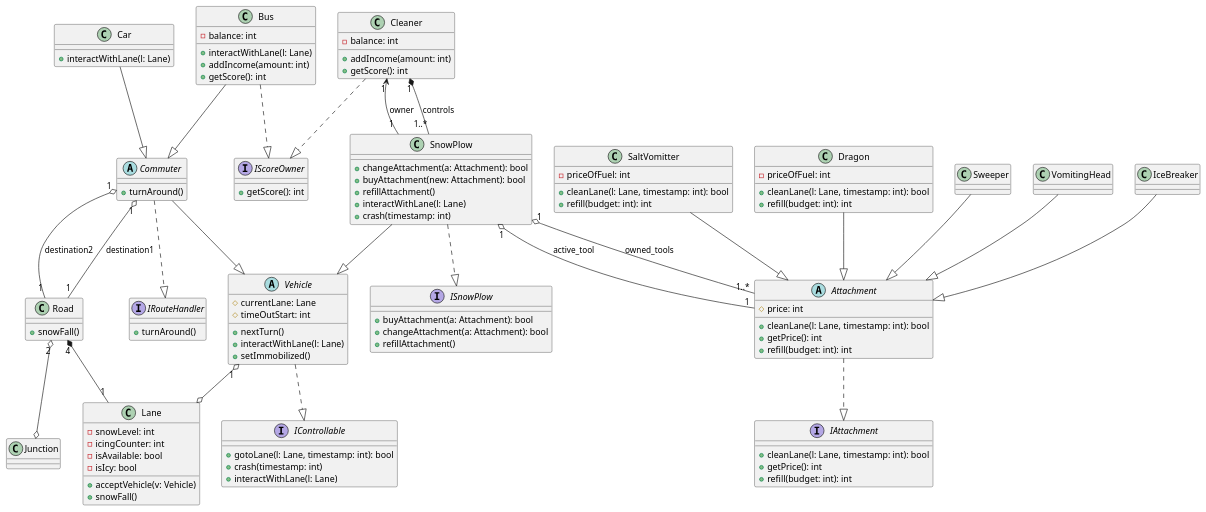
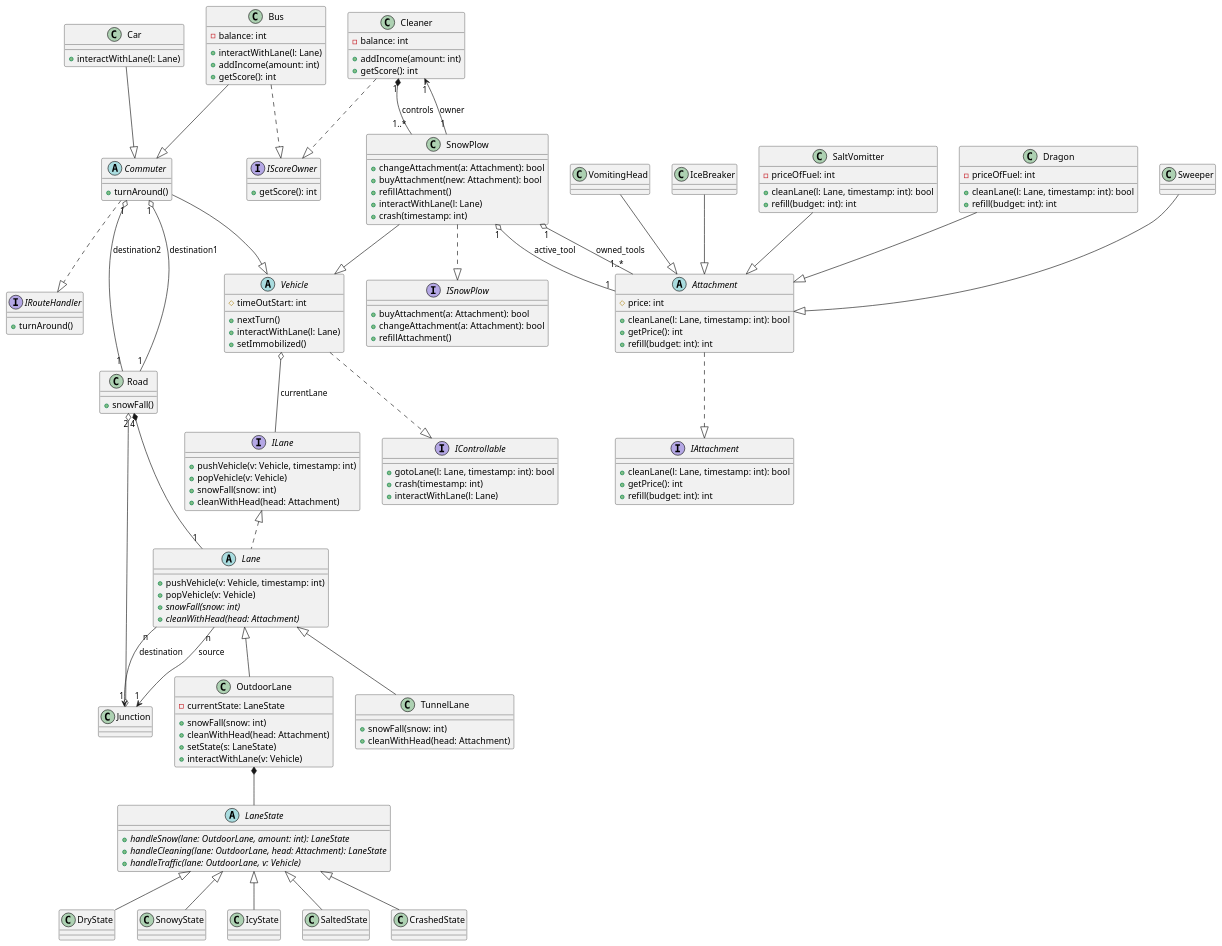
The diagram in docs/04/diagrams/class-diagram.puml (toth-andor/UneNotteANapoli), drawn with PlantUML before and after one commit.

```diff
--- a/docs/04/diagrams/class-diagram.puml
+++ b/docs/04/diagrams/class-diagram.puml
@@ -1,110 +1,158 @@
 @startuml class-diagram
 abstract Vehicle {
-  # currentLane: Lane
   # timeOutStart: int
   + nextTurn()
   + interactWithLane(l: Lane)
   + setImmobilized()
 }
 class Bus {
   - balance: int
   + interactWithLane(l: Lane)
   + addIncome(amount: int)
   + getScore(): int
 }
 class SnowPlow {
   + changeAttachment(a: Attachment): bool
   + buyAttachment(new: Attachment): bool
   + refillAttachment()
   + interactWithLane(l: Lane)
   + crash(timestamp: int)
 }
 class Car {
   + interactWithLane(l: Lane)
 }
 abstract Attachment {
   # price: int
   + cleanLane(l: Lane, timestamp: int): bool
   + getPrice(): int
   + refill(budget: int): int
 }
 class Dragon {
   - priceOfFuel: int
   + cleanLane(l: Lane, timestamp: int): bool
   + refill(budget: int): int
 }
 class Sweeper
 class VomitingHead
 class IceBreaker
 class SaltVomitter {
   - priceOfFuel: int
   + cleanLane(l: Lane, timestamp: int): bool
   + refill(budget: int): int
 }
 interface IAttachment {
   + cleanLane(l: Lane, timestamp: int): bool
   + getPrice(): int
   + refill(budget: int): int
 }
 class Road {
   + snowFall()
 }
-class Lane {
-  - snowLevel: int
-  - icingCounter: int
-  - isAvailable: bool
-  - isIcy: bool
-  + acceptVehicle(v: Vehicle)
-  + snowFall()
+
+interface ILane {
+  + pushVehicle(v: Vehicle, timestamp: int)
+  + popVehicle(v: Vehicle)
+  + snowFall(snow: int)
+  + cleanWithHead(head: Attachment)
 }
+
+abstract Lane {
+  + pushVehicle(v: Vehicle, timestamp: int)
+  + popVehicle(v: Vehicle)
+  {abstract} + snowFall(snow: int)
+  {abstract} + cleanWithHead(head: Attachment)
+}
+
+class OutdoorLane {
+  - currentState: LaneState
+  + snowFall(snow: int)
+  + cleanWithHead(head: Attachment)
+  + setState(s: LaneState)
+  + interactWithLane(v: Vehicle)
+}
+
+class TunnelLane {
+  + snowFall(snow: int)
+  + cleanWithHead(head: Attachment)
+}
+
+' --- State Pattern for OutdoorLane ---
+
+abstract LaneState {
+  {abstract} + handleSnow(lane: OutdoorLane, amount: int): LaneState
+  {abstract} + handleCleaning(lane: OutdoorLane, head: Attachment): LaneState
+  {abstract} + handleTraffic(lane: OutdoorLane, v: Vehicle)
+}
+
+class DryState
+class SnowyState
+class IcyState
+class SaltedState
+class CrashedState
+
 class Junction
 class Cleaner {
   - balance: int
   + addIncome(amount: int)
   + getScore(): int
 }
 abstract class Commuter {
   + turnAround()
 }
 interface IControllable {
   + gotoLane(l: Lane, timestamp: int): bool
   + crash(timestamp: int)
   + interactWithLane(l: Lane)
 }
 interface ISnowPlow {
   + buyAttachment(a: Attachment): bool
   + changeAttachment(a: Attachment): bool
   + refillAttachment()
 }
 interface IRouteHandler {
   + turnAround()
 }
 interface IScoreOwner {
   + getScore(): int
 }
 
+ILane <|.. Lane
+Lane <|-- OutdoorLane
+Lane <|-- TunnelLane
+
+LaneState <|-- DryState
+LaneState <|-- SnowyState
+LaneState <|-- IcyState
+LaneState <|-- SaltedState
+LaneState <|-- CrashedState
+
+OutdoorLane *-- LaneState
+
+Lane "n" --> "1" Junction : source
+Lane "n" --> "1" Junction : destination
+
 Road "4" *-- "1" Lane
 Dragon --|> Attachment
 Sweeper --|> Attachment
 VomitingHead --|> Attachment
 IceBreaker --|> Attachment
 SaltVomitter --|> Attachment
 Attachment ..|> IAttachment
 Road "2" o--o Junction
-Vehicle "1" o--o Lane
+Vehicle  o-- ILane : currentLane
 Commuter "1" o-- "1" Road : destination1
 Commuter "1" o-- "1" Road : destination2
 Vehicle ..|> IControllable
 SnowPlow --|> Vehicle
 SnowPlow ..|> ISnowPlow
 Commuter --|> Vehicle
 Commuter ..|> IRouteHandler
 Bus --|> Commuter
 Bus ..|> IScoreOwner
 Car --|> Commuter
 Cleaner ..|> IScoreOwner
 Cleaner "1" *-- "1..*" SnowPlow : controls
 SnowPlow "1" o-- "1..*" Attachment : owned_tools
 SnowPlow "1" o-- "1" Attachment : active_tool
 SnowPlow "1" --> "1" Cleaner : owner
 @enduml
```
